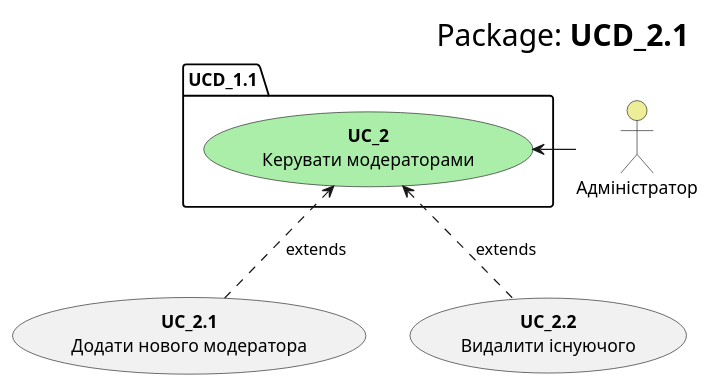
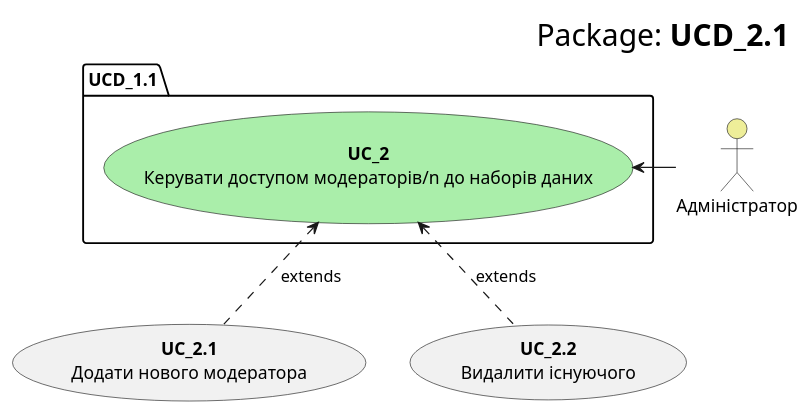
One commit to KarmazinN/db_open_data changed the diagram in src/uml/usecase21.puml. Above: the diagram before and after it, drawn with PlantUML.

```diff
--- a/src/uml/usecase21.puml
+++ b/src/uml/usecase21.puml
@@ -1,19 +1,19 @@
 @startuml
     right header
         <font size=24 color=black>Package:<b> UCD_2.1
     end header
 
     package UCD_1.1 {
-        usecase "<b>UC_2</b>\nКерувати модераторами" as UC_2 #aaeeaa
+        usecase "<b>UC_2</b>\nКерувати доступом модераторів/n до наборів даних" as UC_2 #aaeeaa
     }
     
     actor "Адміністратор" as Admin #eeee99
     Admin -l-> UC_2
     
     usecase "<b>UC_2.1</b>\nДодати нового модератора" as UC_2.1
     usecase "<b>UC_2.2</b>\nВидалити існуючого" as UC_2.2
     
     UC_2.1 .u.> UC_2: extends
     UC_2.2 .u.> UC_2: extends
     
 @enduml
```
